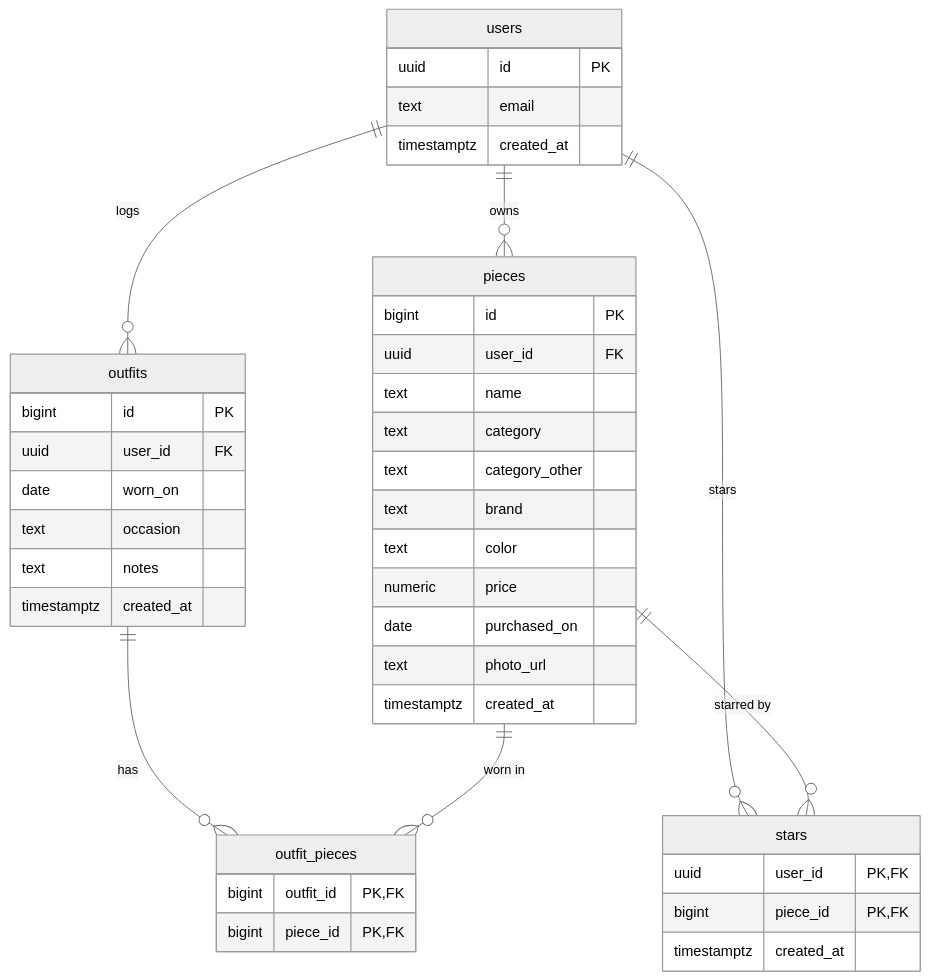
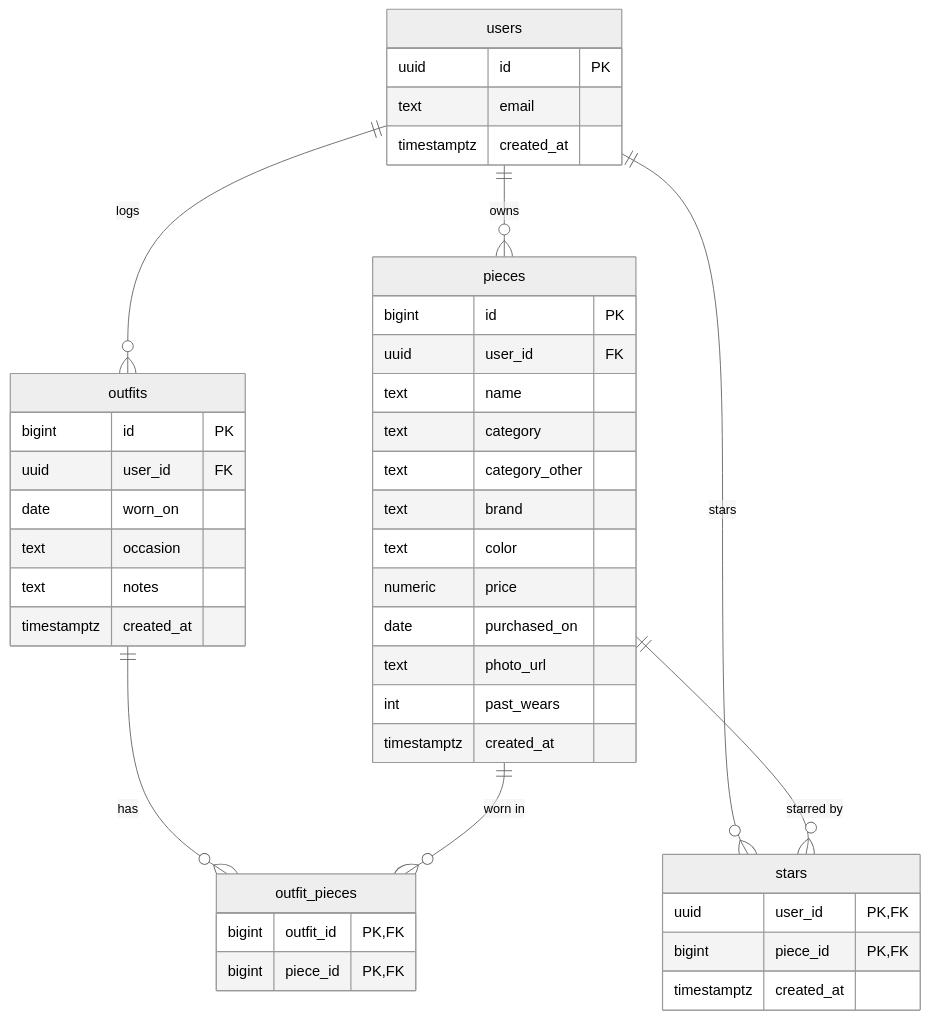
Before and after one commit to diptivaithiswaran-coding/Closet-log: the diagram in schema.md, drawn with Mermaid (neutral theme). The commit also changed other lines of this file and 9 other files, not shown here.

First line of the commit message:
Add past wears to pieces and count them in wear totals

````diff
--- a/schema.md
+++ b/schema.md
@@ -7,45 +7,46 @@
 ```mermaid
 erDiagram
   users ||--o{ pieces : "owns"
   users ||--o{ outfits : "logs"
   outfits ||--o{ outfit_pieces : "has"
   pieces ||--o{ outfit_pieces : "worn in"
   users ||--o{ stars : "stars"
   pieces ||--o{ stars : "starred by"
 
   users {
     uuid id PK
     text email
     timestamptz created_at
   }
   pieces {
     bigint id PK
     uuid user_id FK
     text name
     text category
     text category_other
     text brand
     text color
     numeric price
     date purchased_on
     text photo_url
+    int past_wears
     timestamptz created_at
   }
   outfits {
     bigint id PK
     uuid user_id FK
     date worn_on
     text occasion
     text notes
     timestamptz created_at
   }
   outfit_pieces {
     bigint outfit_id PK, FK
     bigint piece_id PK, FK
   }
   stars {
     uuid user_id PK, FK
     bigint piece_id PK, FK
     timestamptz created_at
   }
 ```
````
